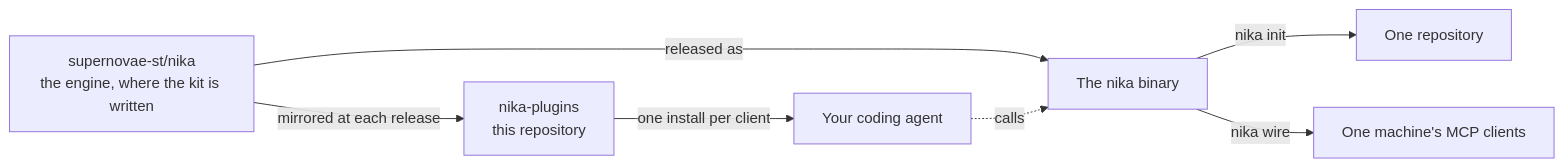
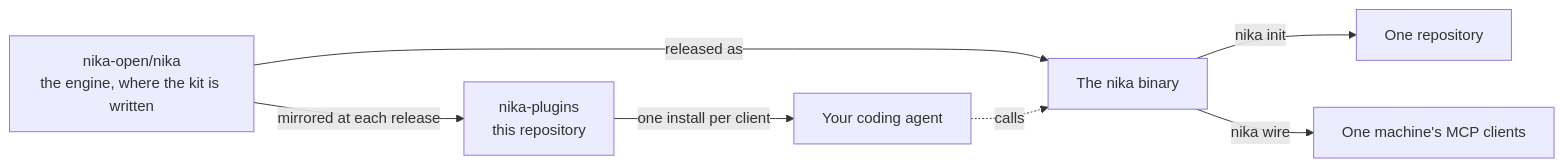
The diagram in README.md (supernovae-st/nika-plugins), drawn with Mermaid before and after one commit. The commit also changed other lines of this file and 25 other files, not shown here.

First line of the commit message:
chore: move the plugin marketplace to nika-open (#188)

````diff
--- a/README.md
+++ b/README.md
@@ -590,15 +590,15 @@
 ```mermaid
 flowchart LR
-    engine["supernovae-st/nika<br/>the engine, where the kit is written"]
+    engine["nika-open/nika<br/>the engine, where the kit is written"]
     plugins["nika-plugins<br/>this repository"]
     agent["Your coding agent"]
     binary["The nika binary"]
     repo["One repository"]
     machine["One machine's MCP clients"]
     engine -->|mirrored at each release| plugins
     plugins -->|one install per client| agent
     engine -->|released as| binary
     agent -. calls .-> binary
     binary -->|nika init| repo
     binary -->|nika wire| machine
 ```
````
